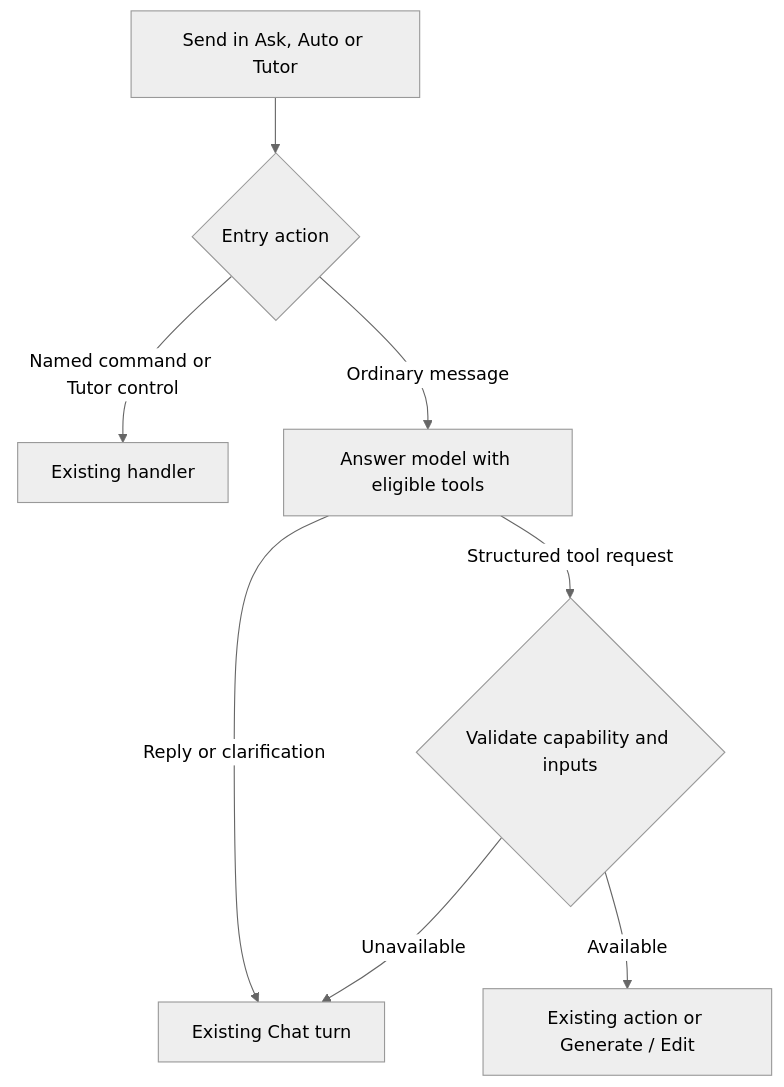
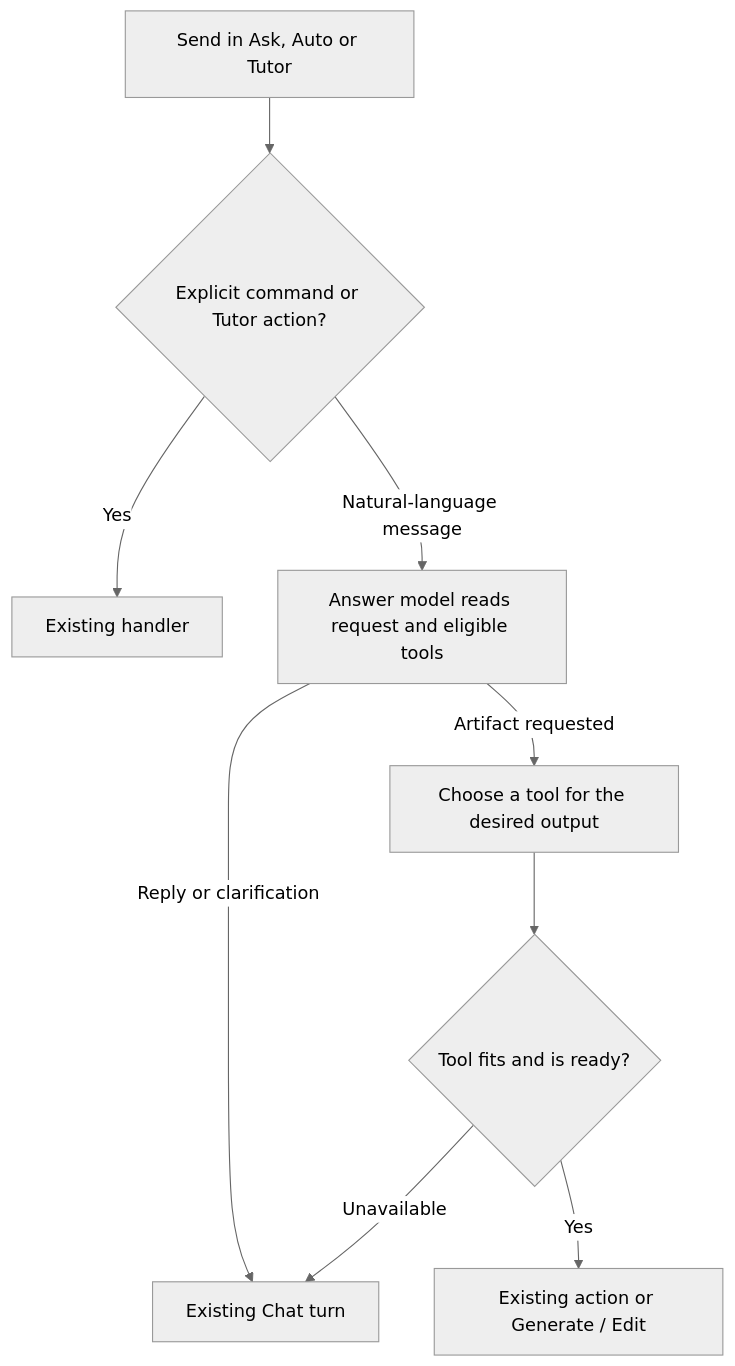
Before and after one commit to Rabbit-Hole-App/Rabbit-Hole: the first of 2 diagrams in docs/features/explain-on-canvas/handoff/tutor-roadmap-v1.4.md, drawn with Mermaid (neutral theme). The commit also changed other lines of this file and 1 other file, not shown here.

Commit message:
Specify tool signatures and semantic routing evaluations for Tutor

````diff
--- a/docs/features/explain-on-canvas/handoff/tutor-roadmap-v1.4.md
+++ b/docs/features/explain-on-canvas/handoff/tutor-roadmap-v1.4.md
@@ -384,10 +394,11 @@
 ```mermaid
 flowchart TD
-    Send["Send in Ask, Auto or Tutor"] --> Kind{"Entry action"}
-    Kind -->|"Named command or Tutor control"| Existing["Existing handler"]
-    Kind -->|"Ordinary message"| Reply["Answer model with eligible tools"]
+    Send["Send in Ask, Auto or Tutor"] --> Kind{"Explicit command or Tutor action?"}
+    Kind -->|"Yes"| Existing["Existing handler"]
+    Kind -->|"Natural-language message"| Reply["Answer model reads request and eligible tools"]
     Reply -->|"Reply or clarification"| Chat["Existing Chat turn"]
-    Reply -->|"Structured tool request"| Check{"Validate capability and inputs"}
-    Check -->|"Available"| Review["Existing action or Generate / Edit"]
+    Reply -->|"Artifact requested"| Fit["Choose a tool for the desired output"]
+    Fit --> Check{"Tool fits and is ready?"}
+    Check -->|"Yes"| Review["Existing action or Generate / Edit"]
     Check -->|"Unavailable"| Chat
 ```
````
